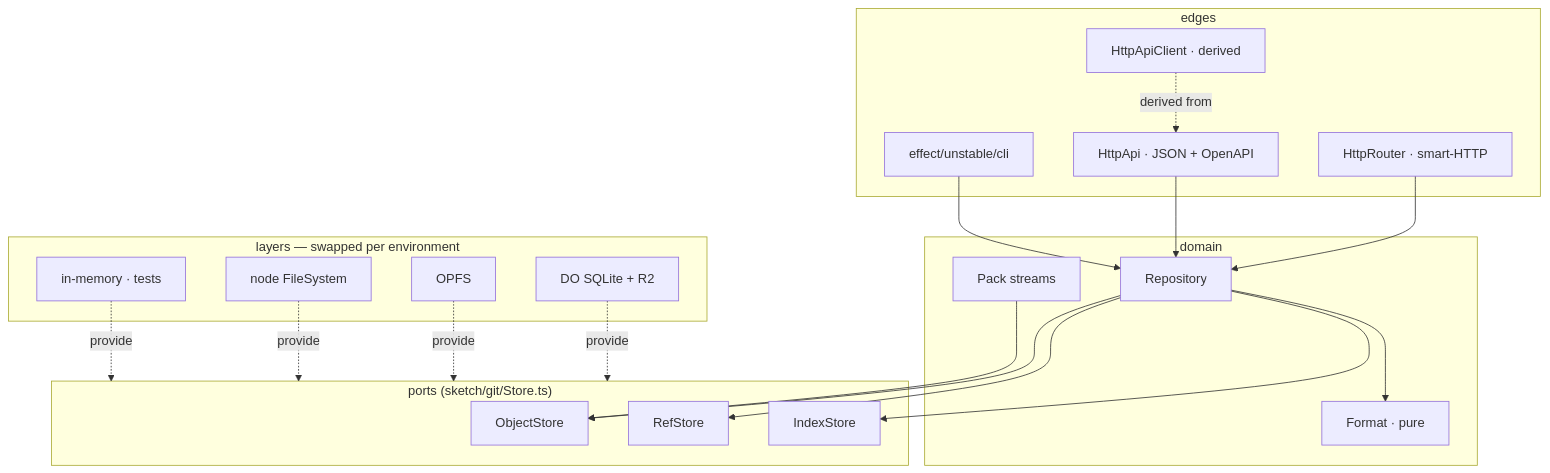
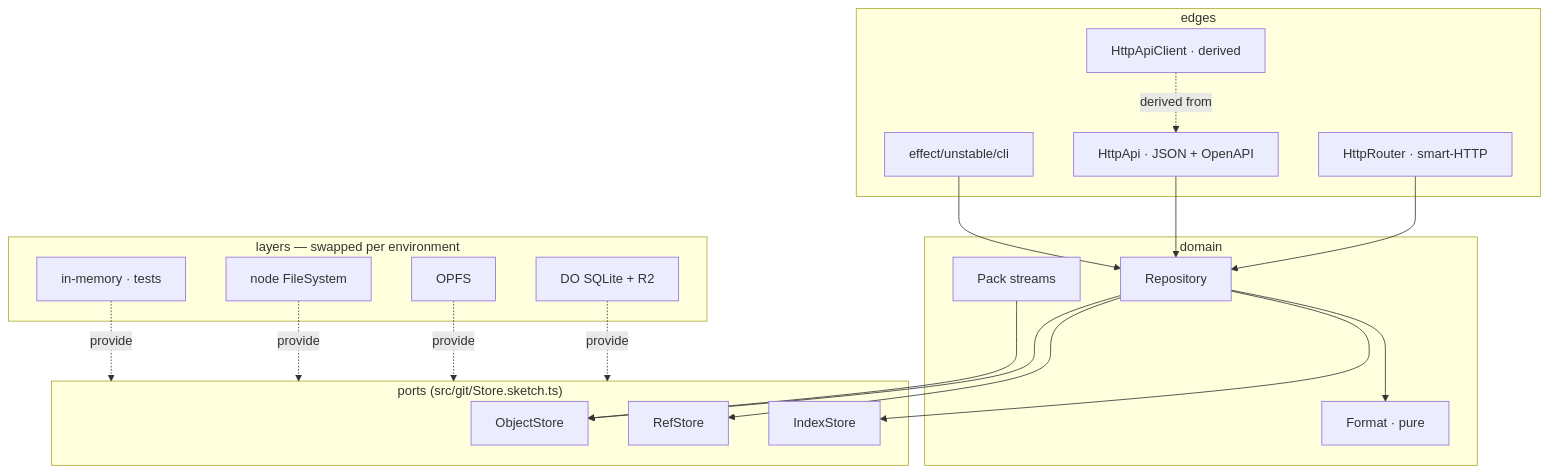
Before and after one commit to chr33s/git: the diagram in docs/rewrite.md, drawn with Mermaid. The commit also changed other lines of this file and 93 other files, not shown here.

Commit message:
update: ./sketch -> ./src

````diff
--- a/docs/rewrite.md
+++ b/docs/rewrite.md
@@ -118,37 +120,37 @@
 ```mermaid
 flowchart TB
-	subgraph ports["ports (sketch/git/Store.ts)"]
+	subgraph ports["ports (src/git/Store.sketch.ts)"]
 		OS[ObjectStore]
 		RS[RefStore]
 		IS[IndexStore]
 	end
 
 	subgraph domain["domain"]
 		REPO[Repository]
 		PACK[Pack streams]
 		FMT[Format · pure]
 	end
 
 	subgraph edges["edges"]
 		PROTO[HttpRouter · smart-HTTP]
 		API[HttpApi · JSON + OpenAPI]
 		CLI[effect/unstable/cli]
 		CLIENT[HttpApiClient · derived]
 	end
 
 	subgraph layers["layers — swapped per environment"]
 		CF[DO SQLite + R2]
 		OPFS[OPFS]
 		NODE[node FileSystem]
 		MEM[in-memory · tests]
 	end
 
 	PROTO --> REPO
 	API --> REPO
 	CLI --> REPO
 	CLIENT -.derived from.-> API
 	REPO --> OS & RS & IS
 	REPO --> FMT
 	PACK --> OS
 	CF & OPFS & NODE & MEM -.provide.-> ports
 ```
````
